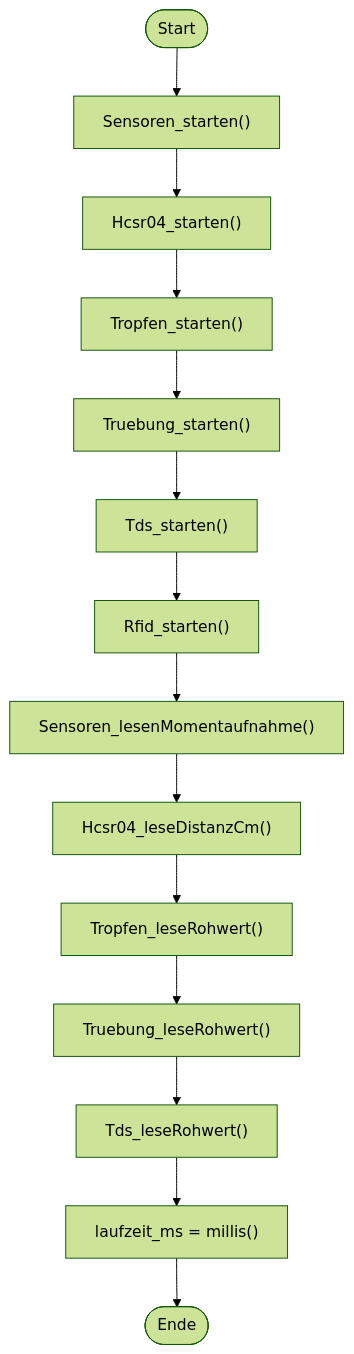
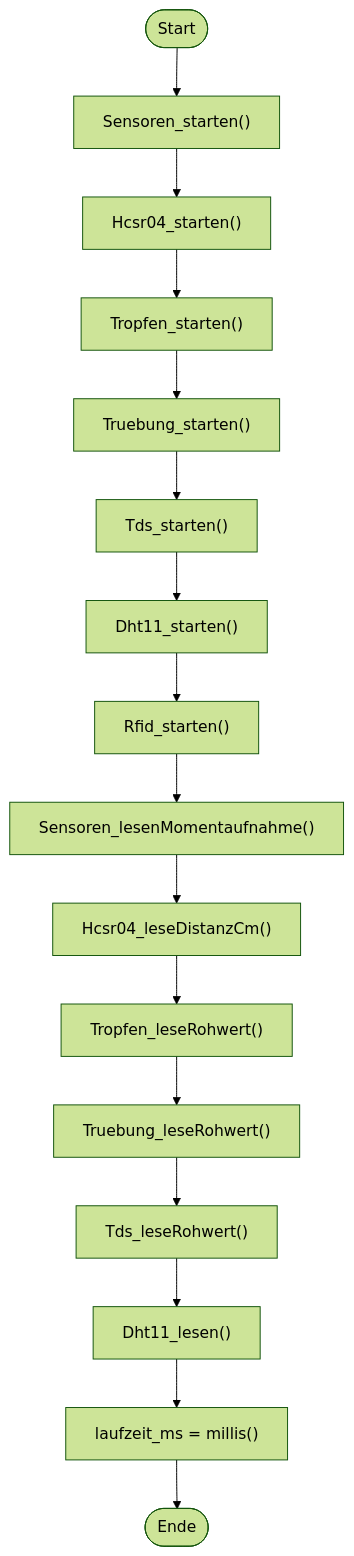
One commit to HerrnDK/Projekt changed diagram 13 of 22 in PROJEKT_ARCHITEKTUR_PLAN.md. Above: the diagram before and after it, drawn with Mermaid (forest theme). The commit also changed other lines of this file and 13 other files, not shown here.

````diff
--- a/PROJEKT_ARCHITEKTUR_PLAN.md
+++ b/PROJEKT_ARCHITEKTUR_PLAN.md
@@ -238,16 +240,18 @@
 ```mermaid
 flowchart TD
   S([Start]) --> A0["Sensoren_starten()"]
   A0 --> A1["Hcsr04_starten()"]
   A1 --> A2["Tropfen_starten()"]
   A2 --> A3["Truebung_starten()"]
   A3 --> A4["Tds_starten()"]
-  A4 --> A5["Rfid_starten()"]
-  A5 --> B0["Sensoren_lesenMomentaufnahme()"]
+  A4 --> A5["Dht11_starten()"]
+  A5 --> A6["Rfid_starten()"]
+  A6 --> B0["Sensoren_lesenMomentaufnahme()"]
   B0 --> B1["Hcsr04_leseDistanzCm()"]
   B1 --> B2["Tropfen_leseRohwert()"]
   B2 --> B3["Truebung_leseRohwert()"]
   B3 --> B4["Tds_leseRohwert()"]
-  B4 --> B5["laufzeit_ms = millis()"]
-  B5 --> E([Ende])
+  B4 --> B5["Dht11_lesen()"]
+  B5 --> B6["laufzeit_ms = millis()"]
+  B6 --> E([Ende])
 ```
````
